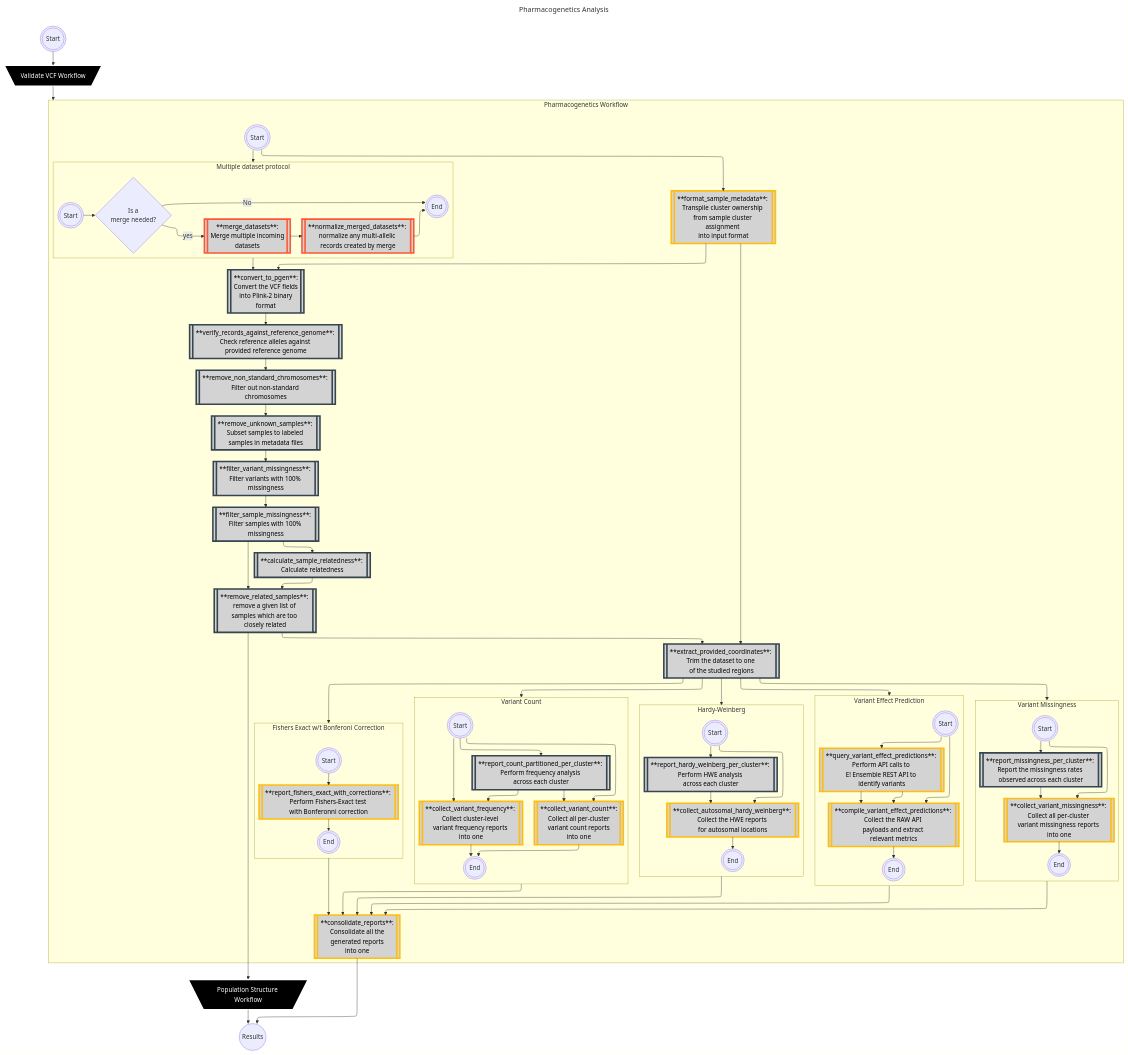
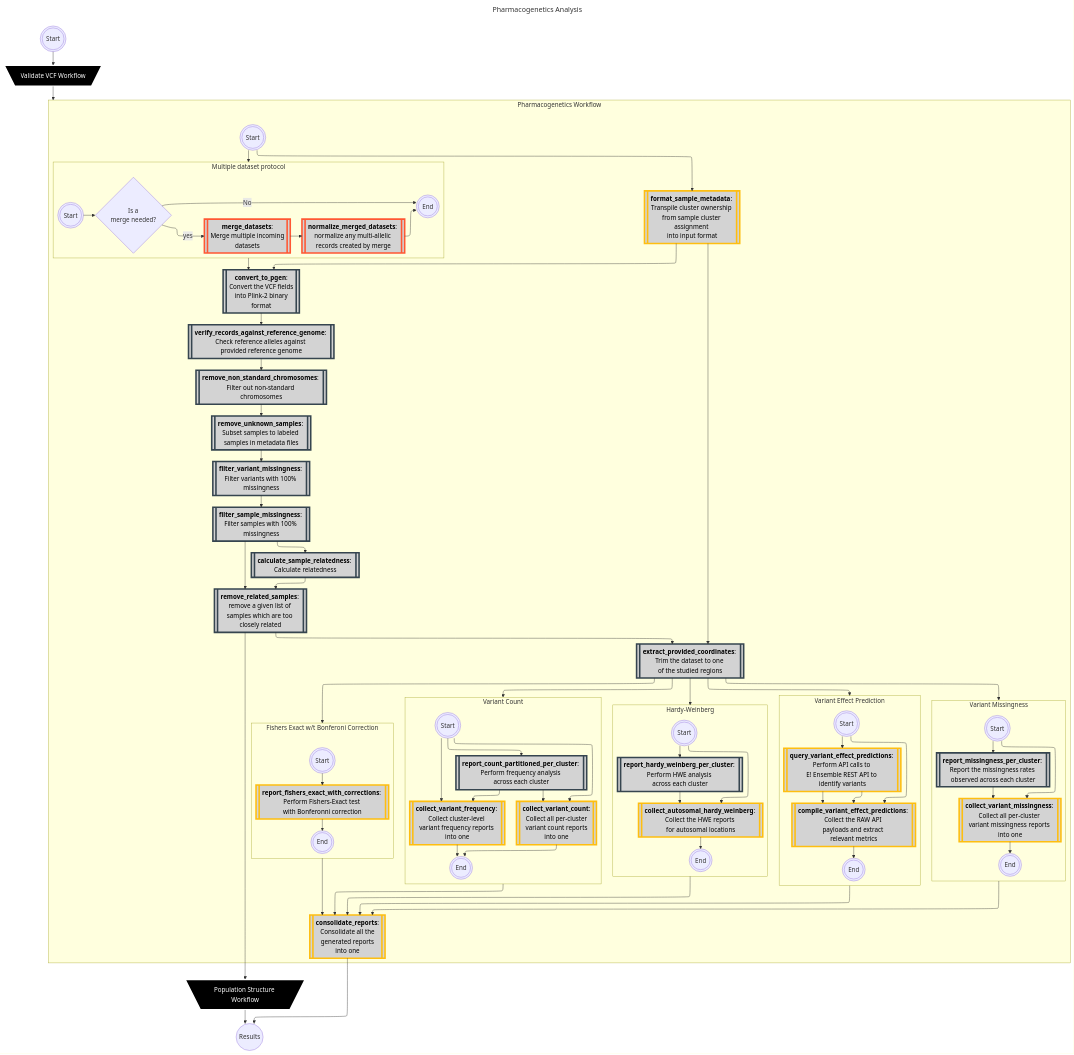
One commit to Tuks-ICMM/Pharmacogenetic-Analysis-Pipeline changed the first of 30 diagrams in docs/02-workflow/02-methodology.md. Above: the diagram before and after it, drawn with Mermaid. The commit also changed other lines of this file, not shown here.

````diff
--- a/docs/02-workflow/02-methodology.md
+++ b/docs/02-workflow/02-methodology.md
@@ -44,4 +40,4 @@
-  ```mermaid
+```mermaid
 ---
 title: Pharmacogenetics Analysis
 config:
@@ -73,9 +69,9 @@
             direction LR
             multipleVcfProtocolStart(((Start)))
             ifMergeRequired{Is a <br>merge needed?}
-            merge_datasets[[**merge_datasets**: <br>Merge multiple incoming <br>datasets]]
+            merge_datasets[[<b>merge_datasets</b>: <br>Merge multiple incoming <br>datasets]]
 
-            normalize_merged_datasets[[**normalize_merged_datasets**: <br>normalize any multi-allelic <br>records created by merge]]
+            normalize_merged_datasets[[<b>normalize_merged_datasets</b>: <br>normalize any multi-allelic <br>records created by merge]]
             multipleVcfProtocolEnd(((End)))
 
             class merge_datasets,normalize_merged_datasets bcftools;
@@ -84,32 +80,32 @@
             ifMergeRequired --> |No| multipleVcfProtocolEnd
         end
 
-        format_sample_metadata[[**format_sample_metadata**: <br>Transpile cluster ownership <br>from sample cluster assignment <br>into input format]]
+        format_sample_metadata[[<b>format_sample_metadata</b>: <br>Transpile cluster ownership <br>from sample cluster assignment <br>into input format]]
 
-        convert_to_pgen[[**convert_to_pgen**: <br>Convert the VCF fields <br>into Plink-2 binary <br>format]]
+        convert_to_pgen[[<b>convert_to_pgen</b>: <br>Convert the VCF fields <br>into Plink-2 binary <br>format]]
 
-        verify_records_against_reference_genome[[**verify_records_against_reference_genome**: <br>Check reference alleles against <br>provided reference genome]]
+        verify_records_against_reference_genome[[<b>verify_records_against_reference_genome</b>: <br>Check reference alleles against <br>provided reference genome]]
 
-        remove_non_standard_chromosomes[[**remove_non_standard_chromosomes**: <br>Filter out non-standard <br>chromosomes]]
+        remove_non_standard_chromosomes[[<b>remove_non_standard_chromosomes</b>: <br>Filter out non-standard <br>chromosomes]]
         
-        remove_unknown_samples[[**remove_unknown_samples**: <br>Subset samples to labeled <br>samples in metadata files]]
+        remove_unknown_samples[[<b>remove_unknown_samples</b>: <br>Subset samples to labeled <br>samples in metadata files]]
         
-        filter_variant_missingness[[**filter_variant_missingness**: <br>Filter variants with 100% <br>missingness]]
+        filter_variant_missingness[[<b>filter_variant_missingness</b>: <br>Filter variants with 100% <br>missingness]]
         
-        filter_sample_missingness[[**filter_sample_missingness**: <br>Filter samples with 100% <br>missingness]]
+        filter_sample_missingness[[<b>filter_sample_missingness</b>: <br>Filter samples with 100% <br>missingness]]
 
-        calculate_sample_relatedness[[**calculate_sample_relatedness**: <br>Calculate relatedness]]
+        calculate_sample_relatedness[[<b>calculate_sample_relatedness</b>: <br>Calculate relatedness]]
 
-        remove_related_samples[[**remove_related_samples**: <br>remove a given list of <br>samples which are too <br>closely related]]
+        remove_related_samples[[<b>remove_related_samples</b>: <br>remove a given list of <br>samples which are too <br>closely related]]
 
-        extract_provided_coordinates[[**extract_provided_coordinates**: <br>Trim the dataset to one <br>of the studied regions]]
+        extract_provided_coordinates[[<b>extract_provided_coordinates</b>: <br>Trim the dataset to one <br>of the studied regions]]
 
         subgraph variant_count[Variant Count]
             variant_count_START(((Start)))
             variant_count_END(((End)))
-            report_count_partitioned_per_cluster[[**report_count_partitioned_per_cluster**: <br>Perform frequency analysis <br>across each cluster]]
-            collect_variant_frequency[[**collect_variant_frequency**: <br>Collect cluster-level <br>variant frequency reports <br>into one]]
-            collect_variant_count[[**collect_variant_count**: <br>Collect all per-cluster <br>variant count reports <br>into one]]
+            report_count_partitioned_per_cluster[[<b>report_count_partitioned_per_cluster</b>: <br>Perform frequency analysis <br>across each cluster]]
+            collect_variant_frequency[[<b>collect_variant_frequency</b>: <br>Collect cluster-level <br>variant frequency reports <br>into one]]
+            collect_variant_count[[<b>collect_variant_count</b>: <br>Collect all per-cluster <br>variant count reports <br>into one]]
 
             variant_count_START --> report_count_partitioned_per_cluster & collect_variant_frequency & collect_variant_count
             report_count_partitioned_per_cluster --> collect_variant_frequency
@@ -121,8 +117,8 @@
         subgraph hardy_weinberg[Hardy-Weinberg]
             hardy_weinberg_START(((Start)))
             hardy_weinberg_END(((End)))
-            report_hardy_weinberg_per_cluster[[**report_hardy_weinberg_per_cluster**: <br>Perform HWE analysis <br>across each cluster]]
-            collect_autosomal_hardy_weinberg[[**collect_autosomal_hardy_weinberg**: <br>Collect the HWE reports <br>for autosomal locations]]
+            report_hardy_weinberg_per_cluster[[<b>report_hardy_weinberg_per_cluster</b>: <br>Perform HWE analysis <br>across each cluster]]
+            collect_autosomal_hardy_weinberg[[<b>collect_autosomal_hardy_weinberg</b>: <br>Collect the HWE reports <br>for autosomal locations]]
 
             hardy_weinberg_START --> report_hardy_weinberg_per_cluster & collect_autosomal_hardy_weinberg
             report_hardy_weinberg_per_cluster --> collect_autosomal_hardy_weinberg
@@ -132,9 +128,9 @@
         subgraph variant_missingness[Variant Missingness]
             variant_missingness_START(((Start)))
             variant_missingness_END(((End)))
-            report_missingness_per_cluster[[**report_missingness_per_cluster**: <br>Report the missingness rates <br>observed across each cluster]]
-            collect_variant_missingness[[**collect_variant_missingness**: <br>Collect all per-cluster <br>variant missingness reports <br>into one]]
+            report_missingness_per_cluster[[<b>report_missingness_per_cluster</b>: <br>Report the missingness rates <br>observed across each cluster]]
 
+            collect_variant_missingness[[<b>collect_variant_missingness</b>: <br>Collect all per-cluster <br>variant missingness reports <br>into one]]
             variant_missingness_START --> report_missingness_per_cluster & collect_variant_missingness
             report_missingness_per_cluster --> collect_variant_missingness
             collect_variant_missingness --> variant_missingness_END
@@ -143,8 +139,8 @@
         subgraph vep[Variant Effect Prediction]
             vep_START(((Start)))
             vep_END(((End)))
-            query_variant_effect_predictions[[**query_variant_effect_predictions**: <br>Perform API calls to <br>E! Ensemble REST API to <br>identify variants]]
-            compile_variant_effect_predictions[[**compile_variant_effect_predictions**: <br>Collect the RAW API <br>payloads and extract <br>relevant metrics]]
+            query_variant_effect_predictions[[<b>query_variant_effect_predictions</b>: <br>Perform API calls to <br>E! Ensemble REST API to <br>identify variants]]
+            compile_variant_effect_predictions[[<b>compile_variant_effect_predictions</b>: <br>Collect the RAW API <br>payloads and extract <br>relevant metrics]]
             
             vep_START --> query_variant_effect_predictions & compile_variant_effect_predictions
             query_variant_effect_predictions --> compile_variant_effect_predictions
@@ -154,7 +150,7 @@
         subgraph fishers_exact[Fishers Exact w/t Bonferoni Correction]
             fishers_exact_START(((Start)))
             fishers_exact_END(((End)))
-            report_fishers_exact_with_corrections[[**report_fishers_exact_with_corrections**: <br>Perform Fishers-Exact test <br>with Bonferonni correction]]
+            report_fishers_exact_with_corrections[[<b>report_fishers_exact_with_corrections</b>: <br>Perform Fishers-Exact test <br>with Bonferonni correction]]
 
             fishers_exact_START --> report_fishers_exact_with_corrections --> fishers_exact_END
         end
@@ -164,7 +160,7 @@
 
 
 
-        consolidate_reports[[**consolidate_reports**: <br>Consolidate all the <br>generated reports <br>into one]]
+        consolidate_reports[[<b>consolidate_reports</b>: <br>Consolidate all the <br>generated reports <br>into one]]
 
         class format_sample_metadata,query_variant_effect_predictions,compile_variant_effect_predictions,collect_autosomal_hardy_weinberg,collect_variant_count,collect_variant_frequency,collect_variant_missingness,report_fishers_exact_with_corrections,consolidate_reports python;
 
@@ -211,4 +207,4 @@
     consolidate_reports --> END
 
     PopulationStructureWorkflow --> END
-  ```
+```
````
